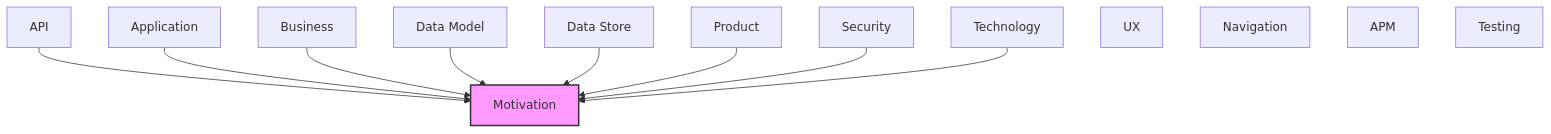
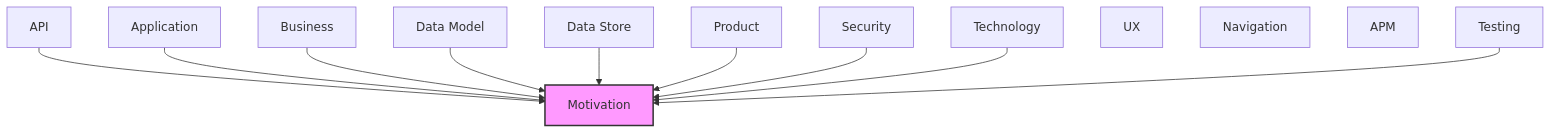
Before and after one commit to tinkermonkey/context-studio: the diagram in documentation-robotics/reports/01-motivation-layer-report.md, drawn with Mermaid. The commit also changed other lines of this file and 17 other files, not shown here.

````diff
--- a/documentation-robotics/reports/01-motivation-layer-report.md
+++ b/documentation-robotics/reports/01-motivation-layer-report.md
@@ -94,26 +96,27 @@
 ```mermaid
 flowchart TB
   classDef current fill:#f9f,stroke:#333,stroke-width:2px
   motivation["Motivation"]
   business["Business"]
   product["Product"]
   security["Security"]
   application["Application"]
   technology["Technology"]
   api["API"]
   data_model["Data Model"]
   data_store["Data Store"]
   ux["UX"]
   navigation["Navigation"]
   apm["APM"]
   testing["Testing"]
   api --> motivation
   application --> motivation
   business --> motivation
   data_model --> motivation
   data_store --> motivation
   product --> motivation
   security --> motivation
   technology --> motivation
+  testing --> motivation
   class motivation current
 ```
````
